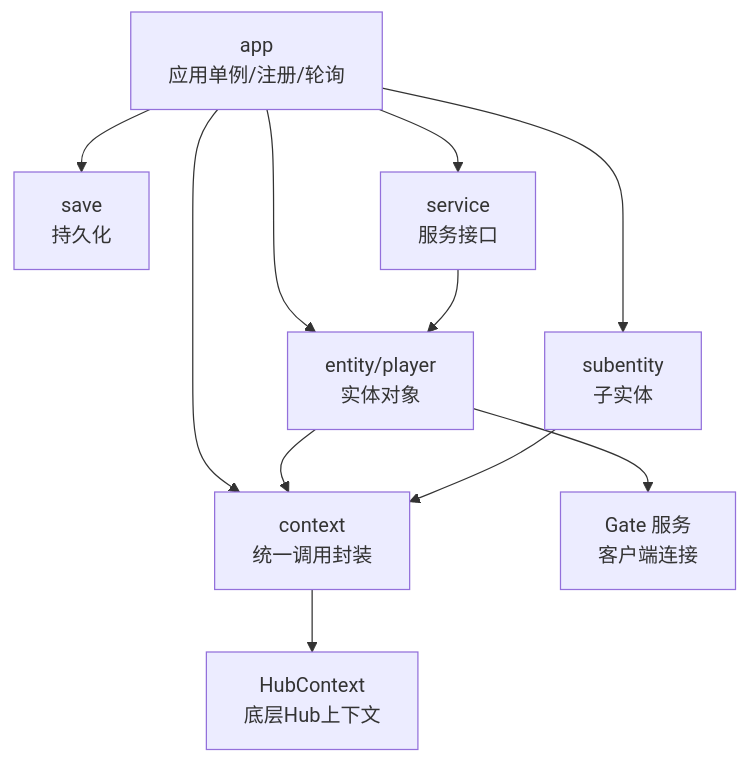
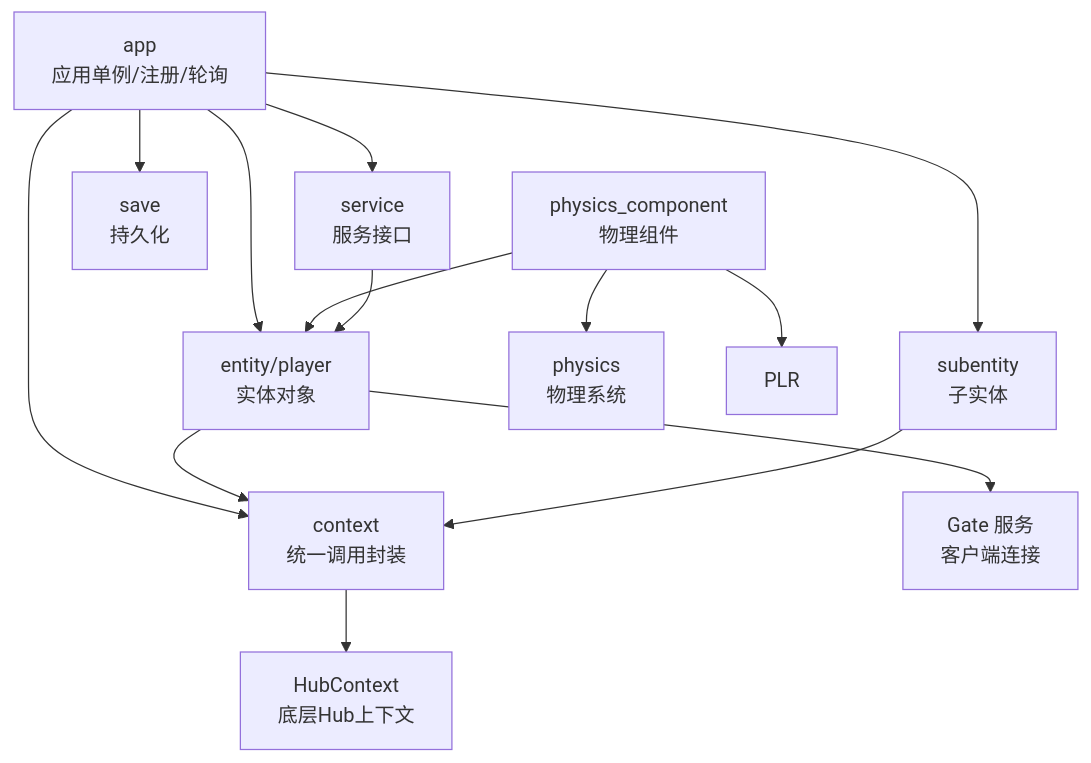
One commit to qianqians/geese changed the second of 10 diagrams in .qoder/repowiki/zh/content/实体管理系统/实体管理系统.md. Above: the diagram before and after it, drawn with Mermaid. The commit also changed other lines of this file and 5 other files, not shown here.

````diff
--- a/.qoder/repowiki/zh/content/实体管理系统/实体管理系统.md
+++ b/.qoder/repowiki/zh/content/实体管理系统/实体管理系统.md
@@ -126,21 +143,26 @@
 ```mermaid
 graph TB
 APP["app<br/>应用单例/注册/轮询"]
 CTX["context<br/>统一调用封装"]
 HUB["HubContext<br/>底层Hub上下文"]
 ENT["entity/player<br/>实体对象"]
 SUB["subentity<br/>子实体"]
+PHCOMP["physics_component<br/>物理组件"]
+PHYS["physics<br/>物理系统"]
 SAVE["save<br/>持久化"]
 SVC["service<br/>服务接口"]
 GATE["Gate 服务<br/>客户端连接"]
 APP --> CTX
 CTX --> HUB
 APP --> ENT
 APP --> SUB
 APP --> SAVE
 APP --> SVC
 ENT --> CTX
 SUB --> CTX
+PHCOMP --> PHYS
+PHCOMP --> ENT
+PHCOMP --> PLR
 ENT --> GATE
 SVC --> ENT
 ```
````
